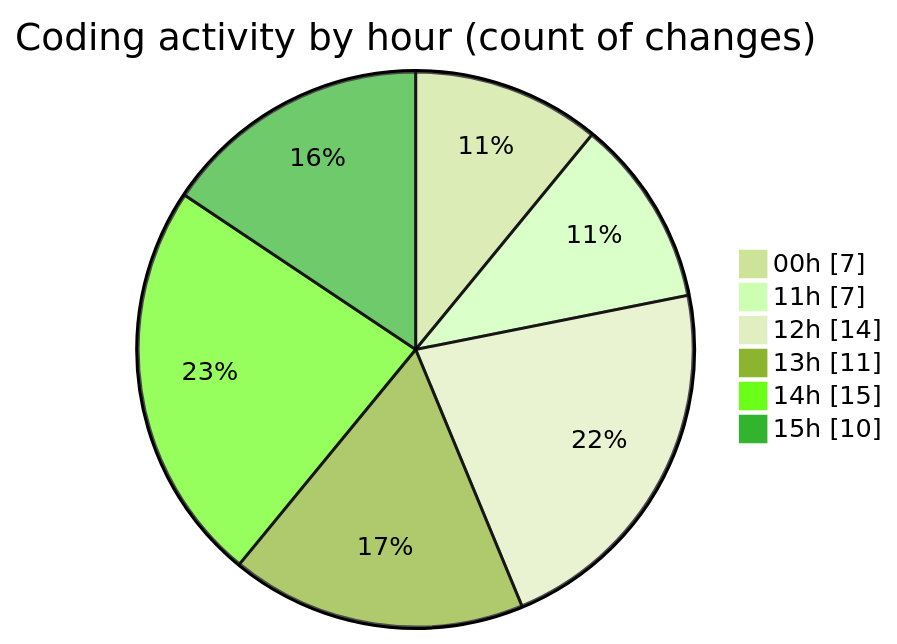
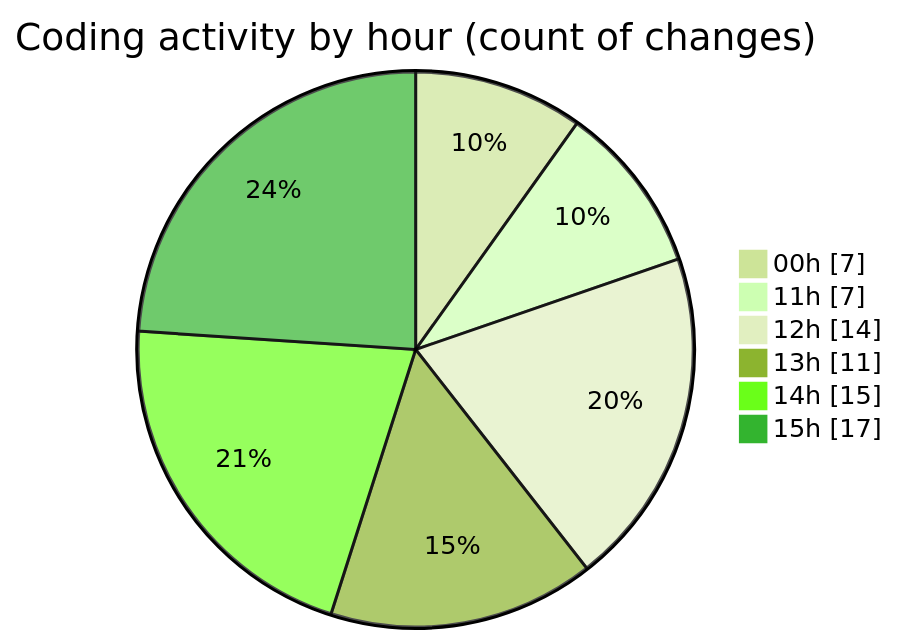
The second of 2 diagrams in 2025-10-08/eventscop-frontend-guide__workspace_/README.md (julien-gomy/code-tracking), drawn with Mermaid (forest theme) before and after one commit. The commit also changed other lines of this file and 1 other file, not shown here.

````diff
--- a/2025-10-08/eventscop-frontend-guide__workspace_/README.md
+++ b/2025-10-08/eventscop-frontend-guide__workspace_/README.md
@@ -44,10 +45,10 @@
 ```mermaid
 pie showData
 title Coding activity by hour (count of changes)
 "00h" : 7
 "11h" : 7
 "12h" : 14
 "13h" : 11
 "14h" : 15
-"15h" : 10
+"15h" : 17
 ```
````
